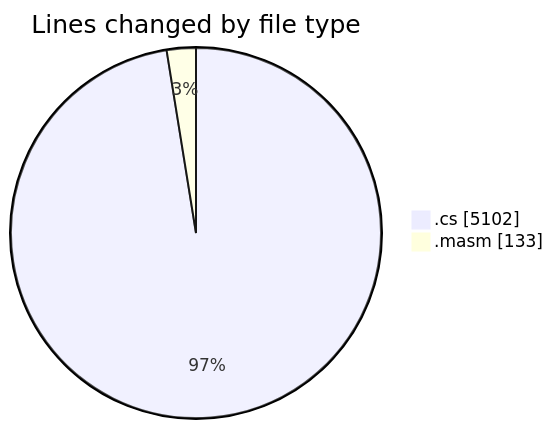
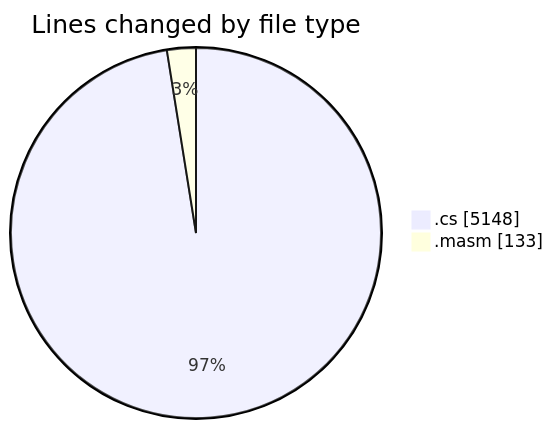
Before and after one commit to charlie-sans/code-tracking: the first of 2 diagrams in 2025-03-17/sharpmasm/README.md, drawn with Mermaid. The commit also changed other lines of this file and 1 other file, not shown here.

````diff
--- a/2025-03-17/sharpmasm/README.md
+++ b/2025-03-17/sharpmasm/README.md
@@ -26,6 +26,6 @@
 ```mermaid
 pie showData
 title Lines changed by file type
-".cs" : 5102
+".cs" : 5148
 ".masm" : 133
 ```
````
